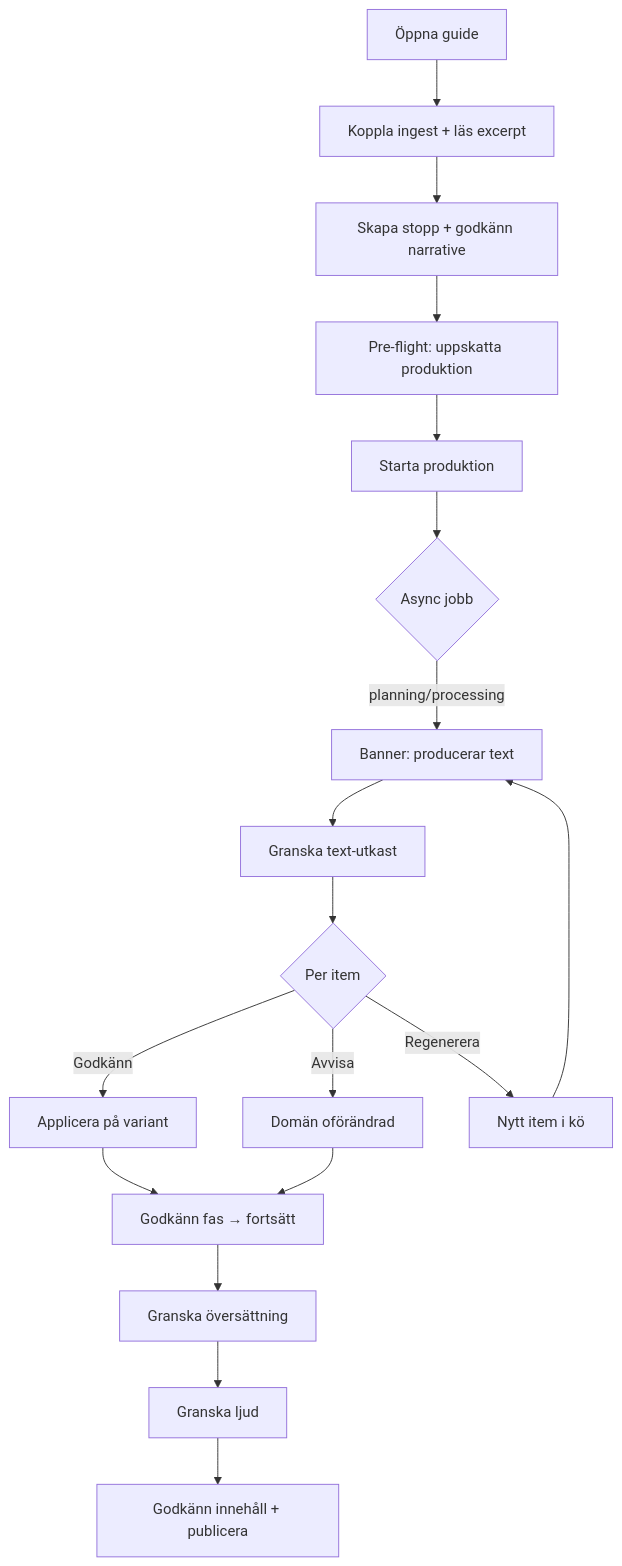
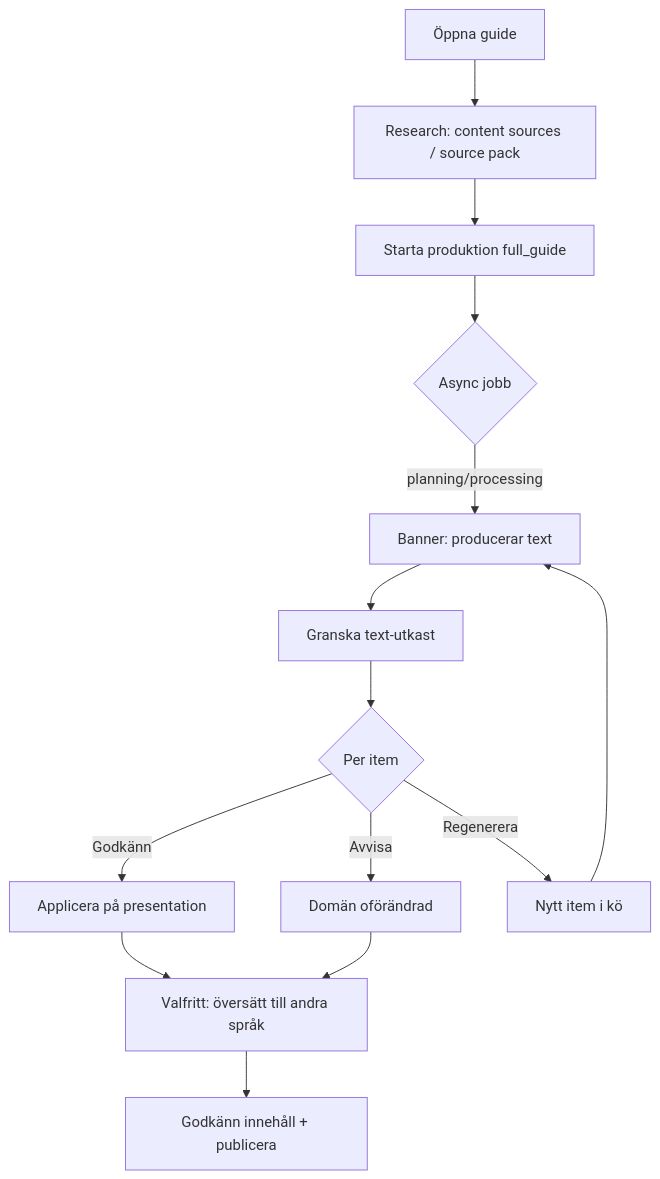
The diagram in docs/ai/design/GUIDES_CONTENT_PRODUCTION_UX_V2.md (cyanostudios/homebase), drawn with Mermaid before and after one commit. The commit also changed other lines of this file and 110 other files, not shown here.

First line of the commit message:
feat(guides): one presentation per place without stops or length variants

````diff
--- a/docs/ai/design/GUIDES_CONTENT_PRODUCTION_UX_V2.md
+++ b/docs/ai/design/GUIDES_CONTENT_PRODUCTION_UX_V2.md
@@ -17,20 +19,16 @@
 ```mermaid
 flowchart TD
-  A[Öppna guide] --> B[Koppla ingest + läs excerpt]
-  B --> C[Skapa stopp + godkänn narrative]
-  C --> D[Pre-flight: uppskatta produktion]
-  D --> E[Starta produktion]
-  E --> F{Async jobb}
-  F -->|planning/processing| G[Banner: producerar text]
-  G --> H[Granska text-utkast]
-  H --> I{Per item}
-  I -->|Godkänn| J[Applicera på variant]
-  I -->|Avvisa| K[Domän oförändrad]
-  I -->|Regenerera| L[Nytt item i kö]
-  J --> M[Godkänn fas → fortsätt]
-  K --> M
-  L --> G
-  M --> N[Granska översättning]
-  N --> O[Granska ljud]
-  O --> P[Godkänn innehåll + publicera]
+  A[Öppna guide] --> B[Research: content sources / source pack]
+  B --> C[Starta produktion full_guide]
+  C --> D{Async jobb}
+  D -->|planning/processing| E[Banner: producerar text]
+  E --> F[Granska text-utkast]
+  F --> G{Per item}
+  G -->|Godkänn| H[Applicera på presentation]
+  G -->|Avvisa| I[Domän oförändrad]
+  G -->|Regenerera| J[Nytt item i kö]
+  H --> K[Valfritt: översätt till andra språk]
+  I --> K
+  J --> E
+  K --> L[Godkänn innehåll + publicera]
 ```
````
